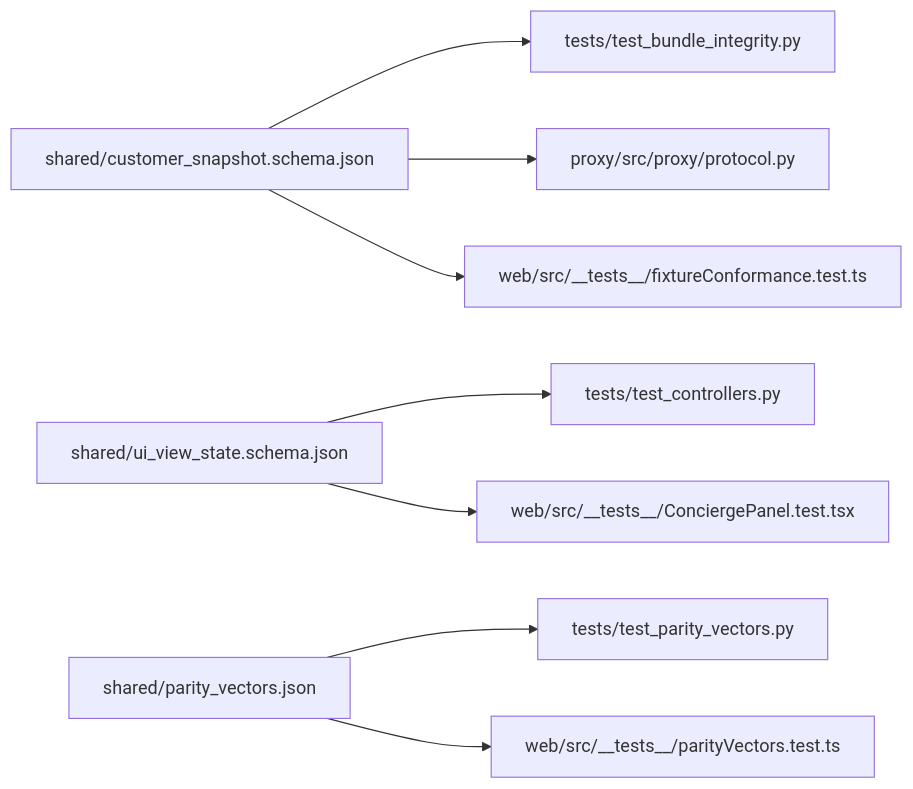
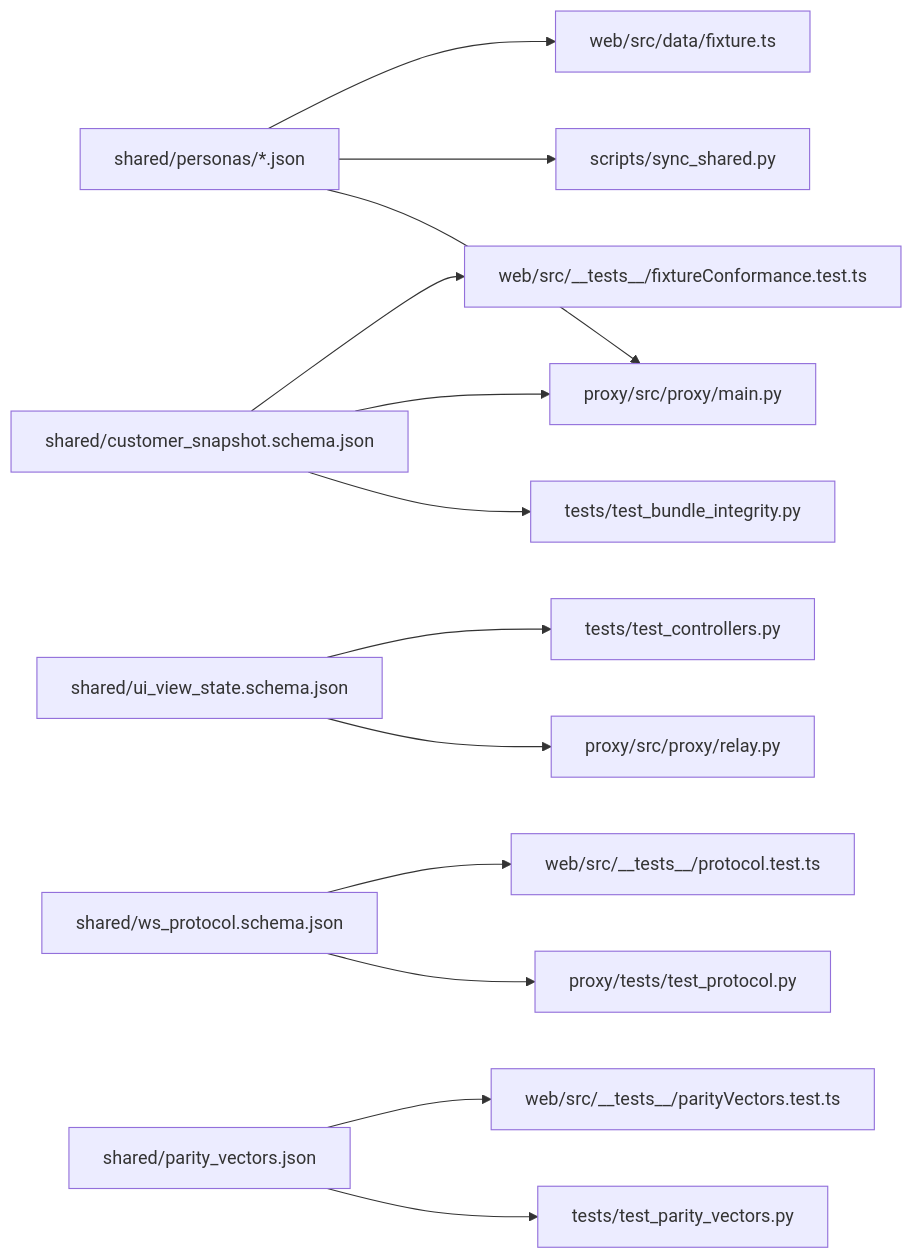
The fourth of 4 diagrams in cloudbank/README.md (oliviervg1/gecx-bank-demo), drawn with Mermaid before and after one commit. The commit also changed other lines of this file and 11 other files, not shown here.

````diff
--- a/cloudbank/README.md
+++ b/cloudbank/README.md
@@ -108,10 +108,15 @@
 ```mermaid
 flowchart LR
+    Personas["shared/personas/*.json"] --> ProxySeed["proxy/src/proxy/main.py"]
+    Personas --> SyncShared["scripts/sync_shared.py"]
+    Personas --> WebData["web/src/data/fixture.ts"]
     Schema1["shared/customer_snapshot.schema.json"] --> PyTest["tests/test_bundle_integrity.py"]
-    Schema1 --> ProxyVal["proxy/src/proxy/protocol.py"]
+    Schema1 --> ProxySeed
     Schema1 --> WebTest["web/src/__tests__/fixtureConformance.test.ts"]
-    Schema2["shared/ui_view_state.schema.json"] --> PyCtrl["tests/test_controllers.py"]
-    Schema2 --> WebSync["web/src/__tests__/ConciergePanel.test.tsx"]
+    Schema2["shared/ui_view_state.schema.json"] --> ProxyRelay["proxy/src/proxy/relay.py"]
+    Schema2 --> PyCtrl["tests/test_controllers.py"]
+    Schema3["shared/ws_protocol.schema.json"] --> ProxyProto["proxy/tests/test_protocol.py"]
+    Schema3 --> WebProto["web/src/__tests__/protocol.test.ts"]
     Parity["shared/parity_vectors.json"] --> PyParity["tests/test_parity_vectors.py"]
     Parity --> TsParity["web/src/__tests__/parityVectors.test.ts"]
 ```
````
